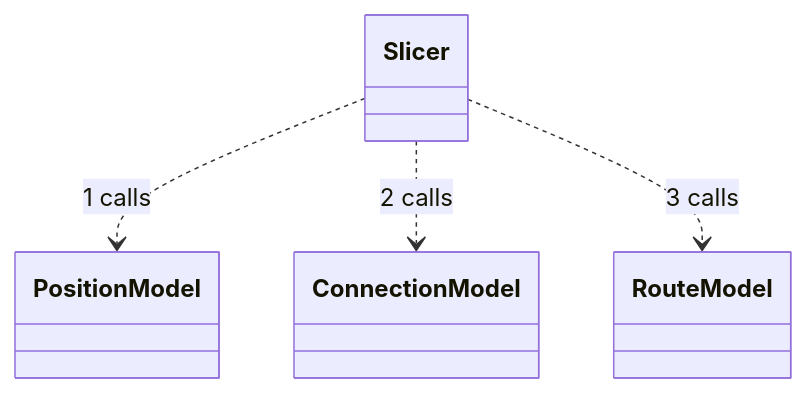
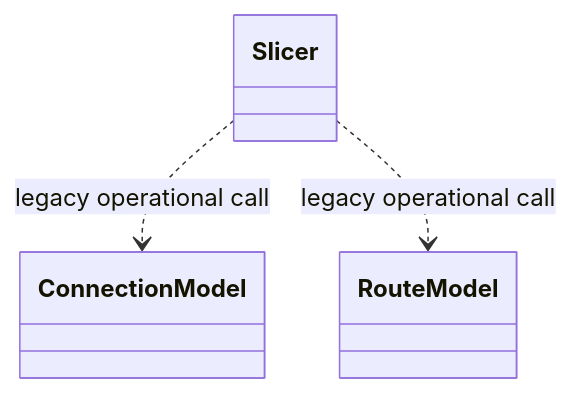
The fourth of 10 diagrams in skyseed_v2/src/skyseed_v2/simulator/slicing/README.md (seed-labs/skyseed), drawn with Mermaid before and after one commit. The commit also changed other lines of this file and 94 other files, not shown here.

````diff
--- a/skyseed_v2/src/skyseed_v2/simulator/slicing/README.md
+++ b/skyseed_v2/src/skyseed_v2/simulator/slicing/README.md
@@ -43,11 +56,9 @@
 ```mermaid
 classDiagram
     class Slicer
-    class PositionModel
     class ConnectionModel
     class RouteModel
 
-    Slicer ..> PositionModel : 1 calls
-    Slicer ..> ConnectionModel : 2 calls
-    Slicer ..> RouteModel : 3 calls
+    Slicer ..> ConnectionModel : legacy operational call
+    Slicer ..> RouteModel : legacy operational call
 ```
````
